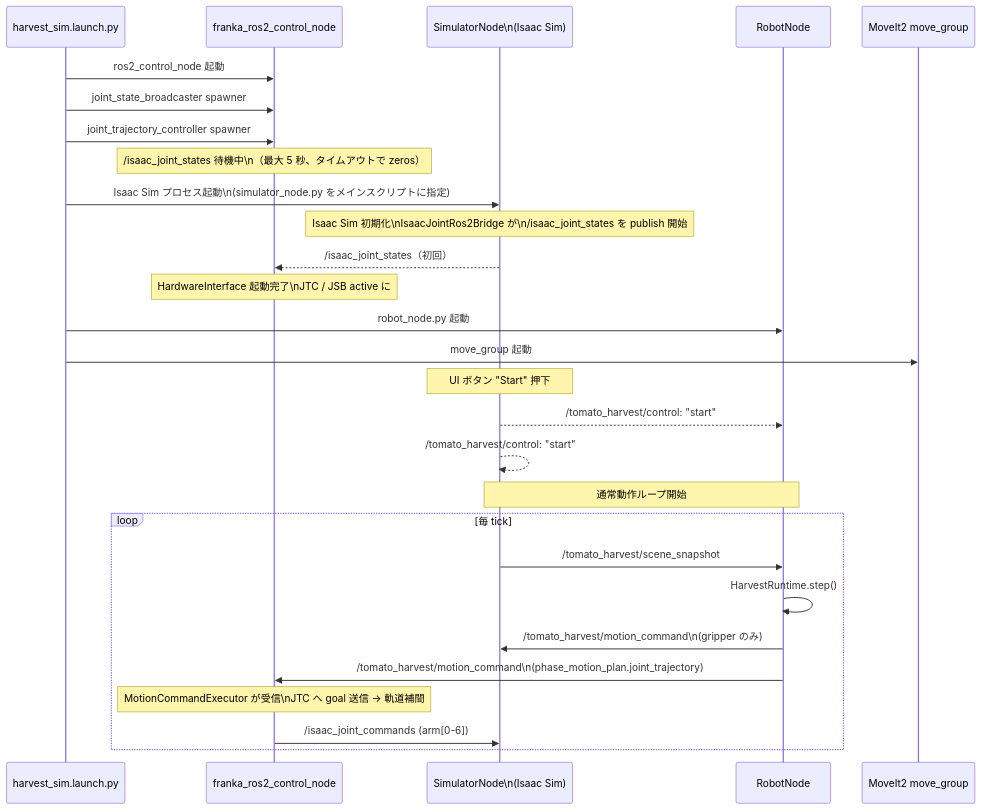
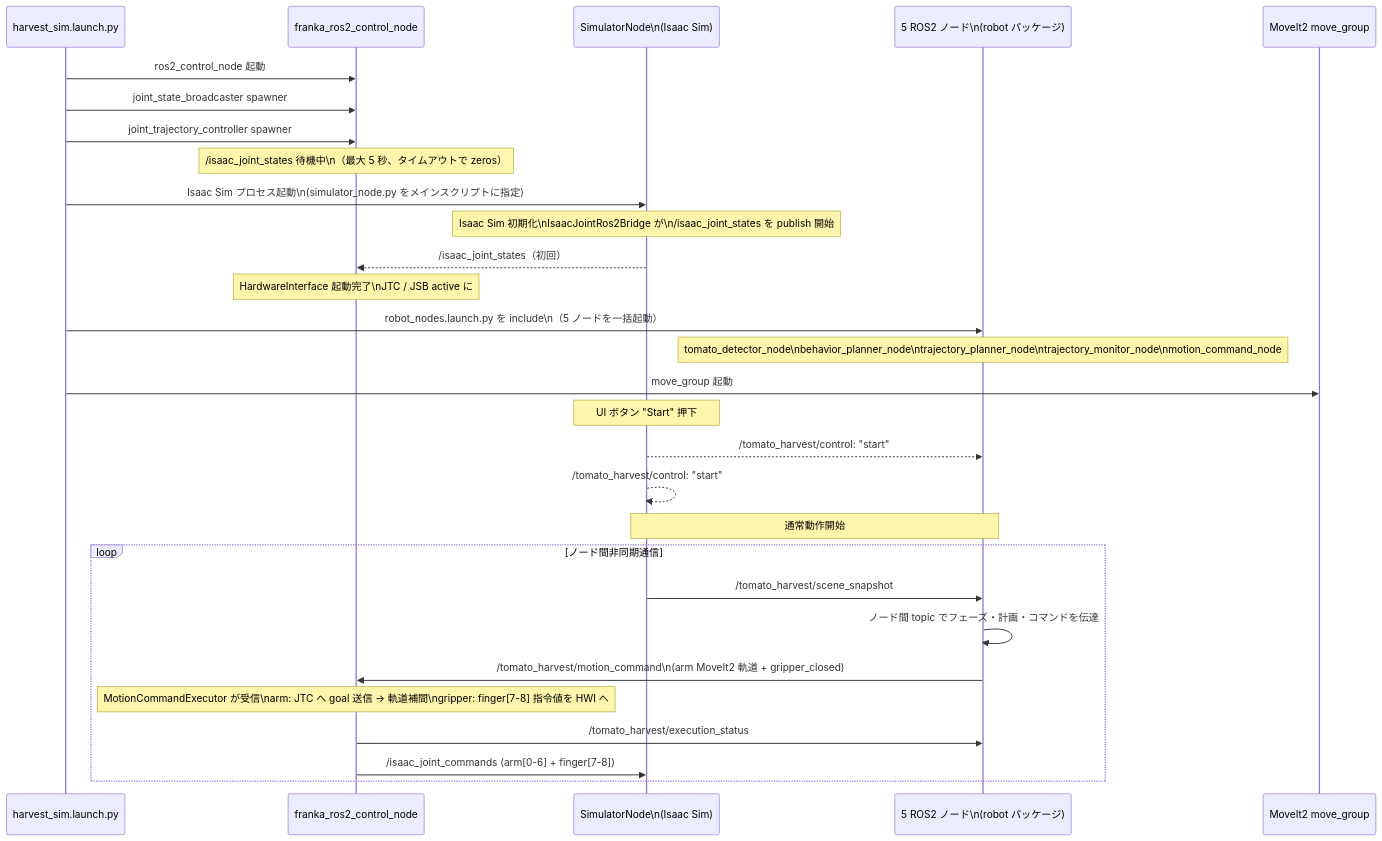
One commit to akodama428/trial_issac_sim changed the tenth of 11 diagrams in src/tomato_harvest_sim/robot/docs/ROS2_COMPONENT_ARCHITECTURE.md. Above: the diagram before and after it, drawn with Mermaid. The commit also changed other lines of this file and 72 other files, not shown here.

````diff
--- a/src/tomato_harvest_sim/robot/docs/ROS2_COMPONENT_ARCHITECTURE.md
+++ b/src/tomato_harvest_sim/robot/docs/ROS2_COMPONENT_ARCHITECTURE.md
@@ -301,34 +486,35 @@
 ```mermaid
 sequenceDiagram
     participant LAUNCH as harvest_sim.launch.py
     participant CPP as franka_ros2_control_node
     participant SIM as SimulatorNode\n(Isaac Sim)
-    participant ROB as RobotNode
+    participant ROB as 5 ROS2 ノード\n(robot パッケージ)
     participant MV as MoveIt2 move_group
 
     LAUNCH->>CPP: ros2_control_node 起動
     LAUNCH->>CPP: joint_state_broadcaster spawner
     LAUNCH->>CPP: joint_trajectory_controller spawner
     Note over CPP: /isaac_joint_states 待機中\n（最大 5 秒、タイムアウトで zeros）
 
     LAUNCH->>SIM: Isaac Sim プロセス起動\n(simulator_node.py をメインスクリプトに指定)
     Note over SIM: Isaac Sim 初期化\nIsaacJointRos2Bridge が\n/isaac_joint_states を publish 開始
     SIM-->>CPP: /isaac_joint_states（初回）
     Note over CPP: HardwareInterface 起動完了\nJTC / JSB active に
 
-    LAUNCH->>ROB: robot_node.py 起動
+    LAUNCH->>ROB: robot_nodes.launch.py を include\n（5 ノードを一括起動）
+    Note over ROB: tomato_detector_node\nbehavior_planner_node\ntrajectory_planner_node\ntrajectory_monitor_node\nmotion_command_node
     LAUNCH->>MV: move_group 起動
 
     Note over SIM: UI ボタン "Start" 押下
     SIM-->>ROB: /tomato_harvest/control: "start"
     SIM-->>SIM: /tomato_harvest/control: "start"
-    Note over ROB,SIM: 通常動作ループ開始
-    loop 毎 tick
+    Note over ROB,SIM: 通常動作開始
+    loop ノード間非同期通信
         SIM->>ROB: /tomato_harvest/scene_snapshot
-        ROB->>ROB: HarvestRuntime.step()
-        ROB->>SIM: /tomato_harvest/motion_command\n(gripper のみ)
-        ROB->>CPP: /tomato_harvest/motion_command\n(phase_motion_plan.joint_trajectory)
-        Note over CPP: MotionCommandExecutor が受信\nJTC へ goal 送信 → 軌道補間
-        CPP->>SIM: /isaac_joint_commands (arm[0-6])
+        ROB->>ROB: ノード間 topic でフェーズ・計画・コマンドを伝達
+        ROB->>CPP: /tomato_harvest/motion_command\n(arm MoveIt2 軌道 + gripper_closed)
+        Note over CPP: MotionCommandExecutor が受信\narm: JTC へ goal 送信 → 軌道補間\ngripper: finger[7-8] 指令値を HWI へ
+        CPP->>ROB: /tomato_harvest/execution_status
+        CPP->>SIM: /isaac_joint_commands (arm[0-6] + finger[7-8])
     end
 ```
````
